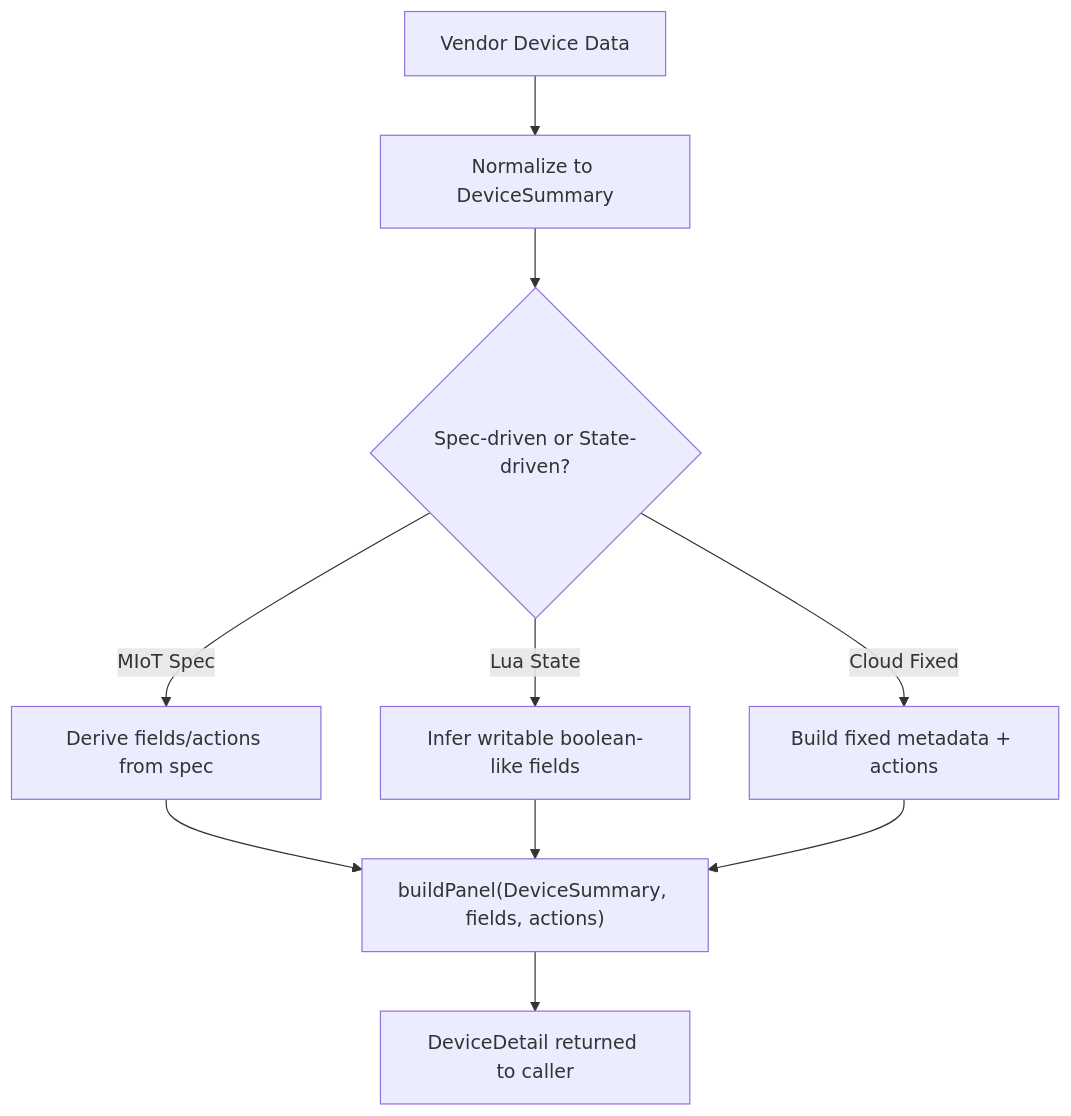
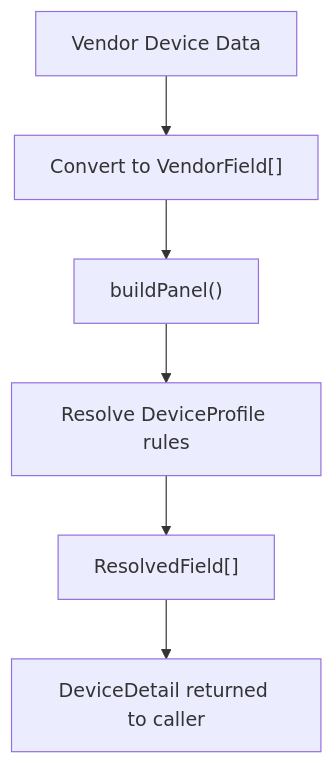
One commit to dlutwuwei/mihome-web changed the ninth of 10 diagrams in .qoder/repowiki/en/content/Architecture Overview/Provider System Architecture.md. Above: the diagram before and after it, drawn with Mermaid. The commit also changed other lines of this file and 84 other files, not shown here.

````diff
--- a/.qoder/repowiki/en/content/Architecture Overview/Provider System Architecture.md
+++ b/.qoder/repowiki/en/content/Architecture Overview/Provider System Architecture.md
@@ -461,12 +573,8 @@
 ```mermaid
 flowchart TD
-VendorData["Vendor Device Data"] --> Normalize["Normalize to DeviceSummary"]
-Normalize --> SpecOrState{"Spec-driven or State-driven?"}
-SpecOrState --> |MIoT Spec| DeriveFields["Derive fields/actions from spec"]
-SpecOrState --> |Lua State| InferFields["Infer writable boolean-like fields"]
-SpecOrState --> |Cloud Fixed| BuildFixed["Build fixed metadata + actions"]
-DeriveFields --> Panel["buildPanel(DeviceSummary, fields, actions)"]
-InferFields --> Panel
-BuildFixed --> Panel
-Panel --> DeviceDetail["DeviceDetail returned to caller"]
+VendorData["Vendor Device Data"] --> VendorFields["Convert to VendorField[]"]
+VendorFields --> BuildPanel["buildPanel()"]
+BuildPanel --> Profiles["Resolve DeviceProfile rules"]
+Profiles --> ResolvedFields["ResolvedField[]"]
+ResolvedFields --> DeviceDetail["DeviceDetail returned to caller"]
 ```
````
